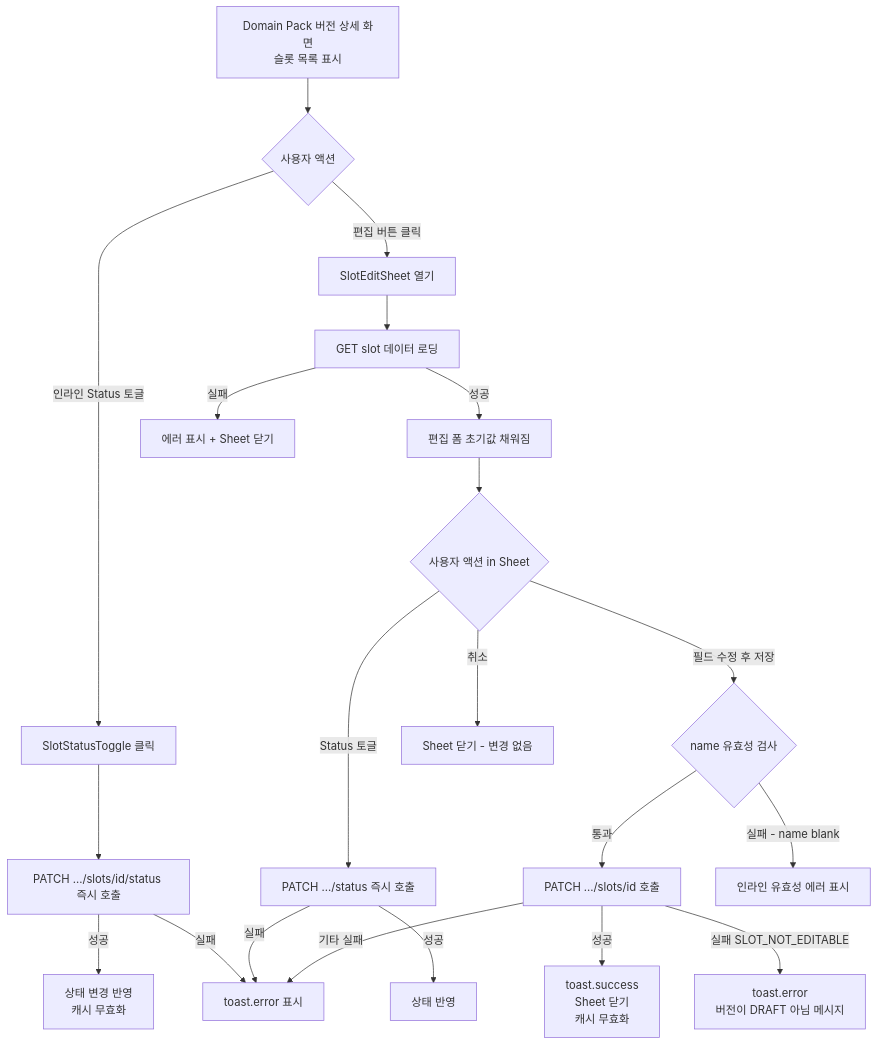
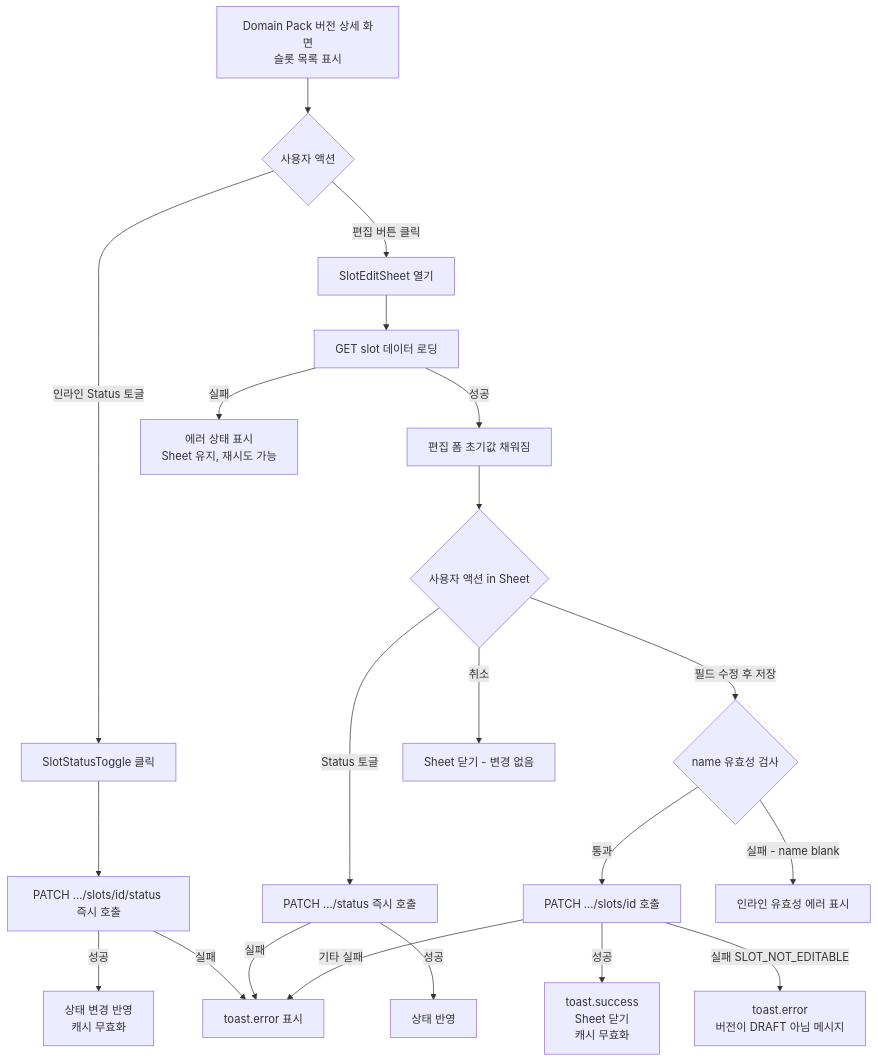
The diagram in .agent/specs/321.md (ajou-2026-1-capstone-5/ostone), drawn with Mermaid before and after one commit. The commit also changed other lines of this file, not shown here.

````diff
--- a/.agent/specs/321.md
+++ b/.agent/specs/321.md
@@ -18,28 +18,28 @@
 ```mermaid
 flowchart TD
     A[Domain Pack 버전 상세 화면\n슬롯 목록 표시] --> B{사용자 액션}
 
     B -->|인라인 Status 토글| C[SlotStatusToggle 클릭]
     C --> D[PATCH .../slots/id/status 즉시 호출]
     D -->|성공| E[상태 변경 반영\n캐시 무효화]
     D -->|실패| F[toast.error 표시]
 
     B -->|편집 버튼 클릭| G[SlotEditSheet 열기]
     G --> H[GET slot 데이터 로딩]
     H -->|성공| I[편집 폼 초기값 채워짐]
-    H -->|실패| J[에러 표시 + Sheet 닫기]
+    H -->|실패| J[에러 상태 표시\nSheet 유지, 재시도 가능]
     I --> K{사용자 액션 in Sheet}
 
     K -->|Status 토글| L[PATCH .../status 즉시 호출]
     L -->|성공| M[상태 반영]
     L -->|실패| F
 
     K -->|필드 수정 후 저장| N{name 유효성 검사}
     N -->|통과| O[PATCH .../slots/id 호출]
     N -->|실패 - name blank| P[인라인 유효성 에러 표시]
     O -->|성공| Q[toast.success\nSheet 닫기\n캐시 무효화]
     O -->|실패 SLOT_NOT_EDITABLE| R[toast.error\n버전이 DRAFT 아님 메시지]
     O -->|기타 실패| F
 
     K -->|취소| S[Sheet 닫기 - 변경 없음]
 ```
````
